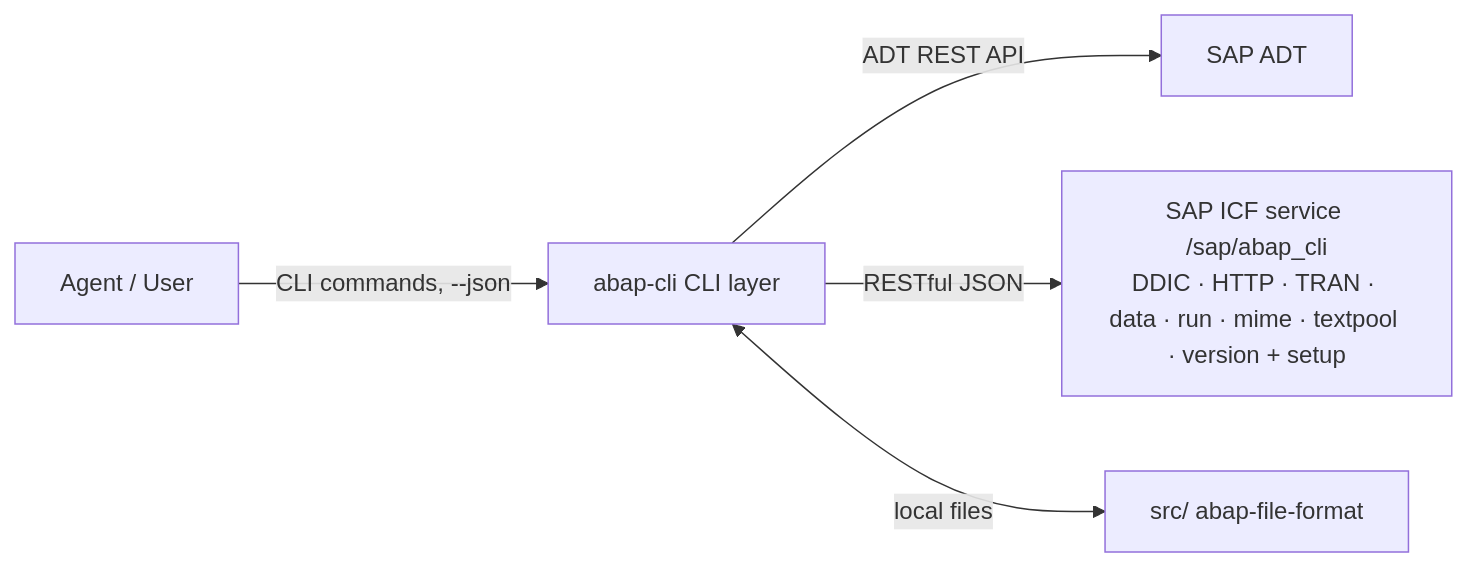
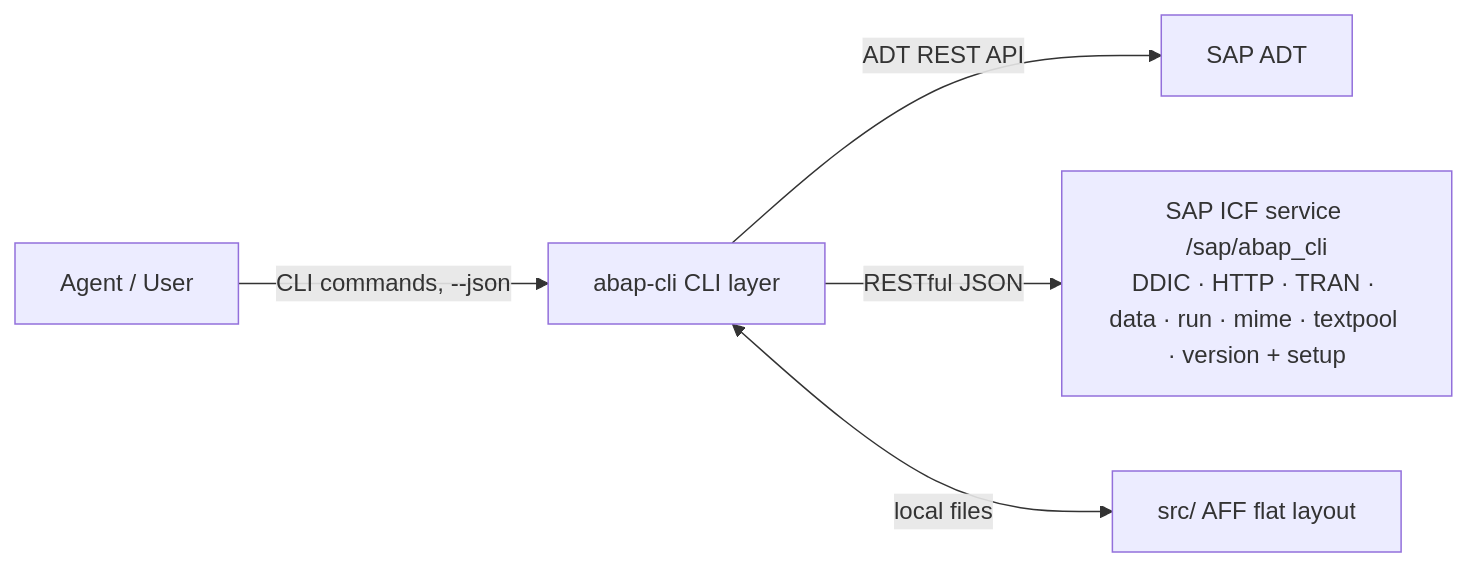
The diagram in docs/architecture.md (chunrichi/abap-cli), drawn with Mermaid before and after one commit. The commit also changed other lines of this file and 225 other files, not shown here.

First line of the commit message:
refactor(formats): flatten local layout to abap-file-format (#28)

````diff
--- a/docs/architecture.md
+++ b/docs/architecture.md
@@ -13,7 +13,7 @@
 ```mermaid
 graph LR
     A[Agent / User] -->|CLI commands, --json| C[abap-cli CLI layer]
     C -->|ADT REST API| S1[SAP ADT]
     C -->|RESTful JSON| S2[SAP ICF service /sap/abap_cli<br/>DDIC · HTTP · TRAN · data · run · mime · textpool · version + setup]
-    C <-->|local files| F[src/ abap-file-format]
+    C <-->|local files| F[src/ AFF flat layout]
 ```
````
